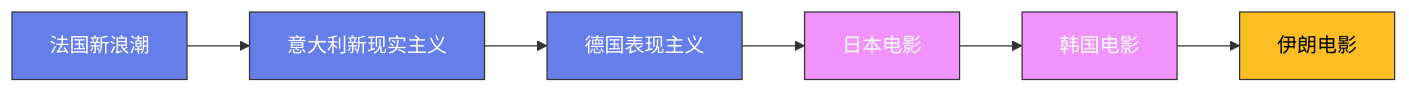
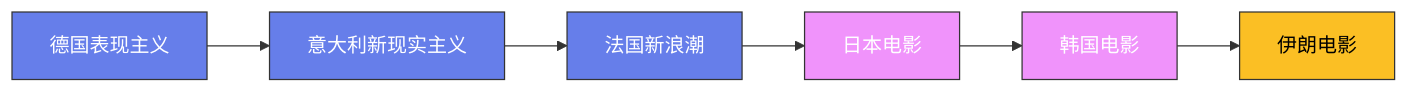
Before and after one commit to Fengur/Fengur.github.io: the diagram in content/posts/ModelCreate/电影史/03-世界电影.md, drawn with Mermaid. The commit also changed other lines of this file and 505 other files, not shown here.

First line of the commit message:
content(blog): ModelCreate 全站质量修复——front matter 补全、占位图修复、事实错误修正、注水文重写

````diff
--- a/content/posts/ModelCreate/电影史/03-世界电影.md
+++ b/content/posts/ModelCreate/电影史/03-世界电影.md
@@ -49,16 +52,16 @@
 ```mermaid
 graph LR
-    A["法国新浪潮"] --> B["意大利新现实主义"]
-    B --> C["德国表现主义"]
+    A["德国表现主义"] --> B["意大利新现实主义"]
+    B --> C["法国新浪潮"]
     C --> D["日本电影"]
     D --> E["韩国电影"]
     E --> F["伊朗电影"]
 
     classDef euro fill:#667eea,stroke:#333,color:white
     classDef asia fill:#f093fb,stroke:#333,color:white
     classDef modern fill:#fbbf24,stroke:#333,color:black
 
     class A,B,C euro
     class D,E asia
     class F modern
 ```
````
